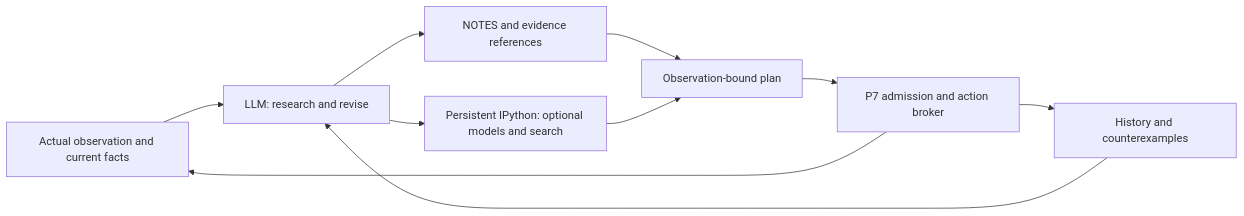
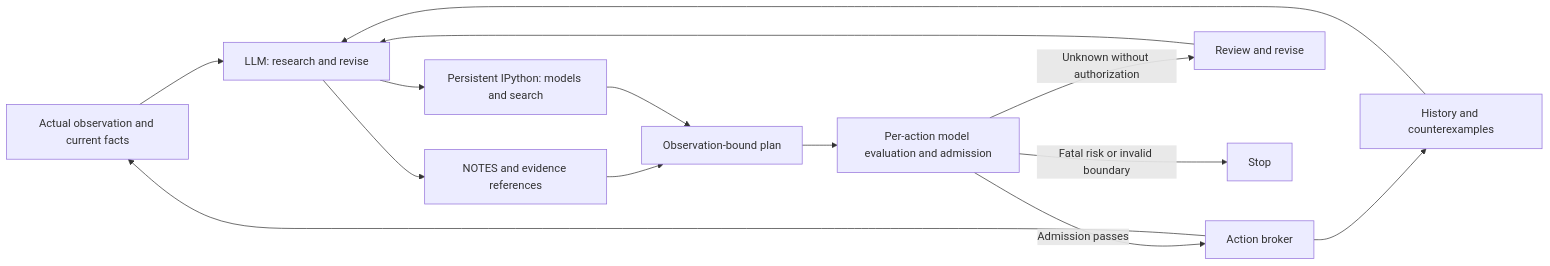
The diagram in README.md (uukuguy/asterion), drawn with Mermaid before and after one commit. The commit also changed other lines of this file and 3 other files, not shown here.

````diff
--- a/README.md
+++ b/README.md
@@ -66,12 +61,16 @@
 ```mermaid
 flowchart LR
     O[Actual observation and current facts] --> L[LLM: research and revise]
     L --> N[NOTES and evidence references]
-    L --> P[Persistent IPython: optional models and search]
+    L --> P[Persistent IPython: models and search]
     N --> A[Observation-bound plan]
     P --> A
-    A --> B[P7 admission and action broker]
+    A --> G[Per-action model evaluation and admission]
+    G -->|Admission passes| B[Action broker]
+    G -->|Unknown without authorization| R[Review and revise]
+    G -->|Fatal risk or invalid boundary| V[Stop]
+    R --> L
     B --> O
     B --> E[History and counterexamples]
     E --> L
 ```
````
